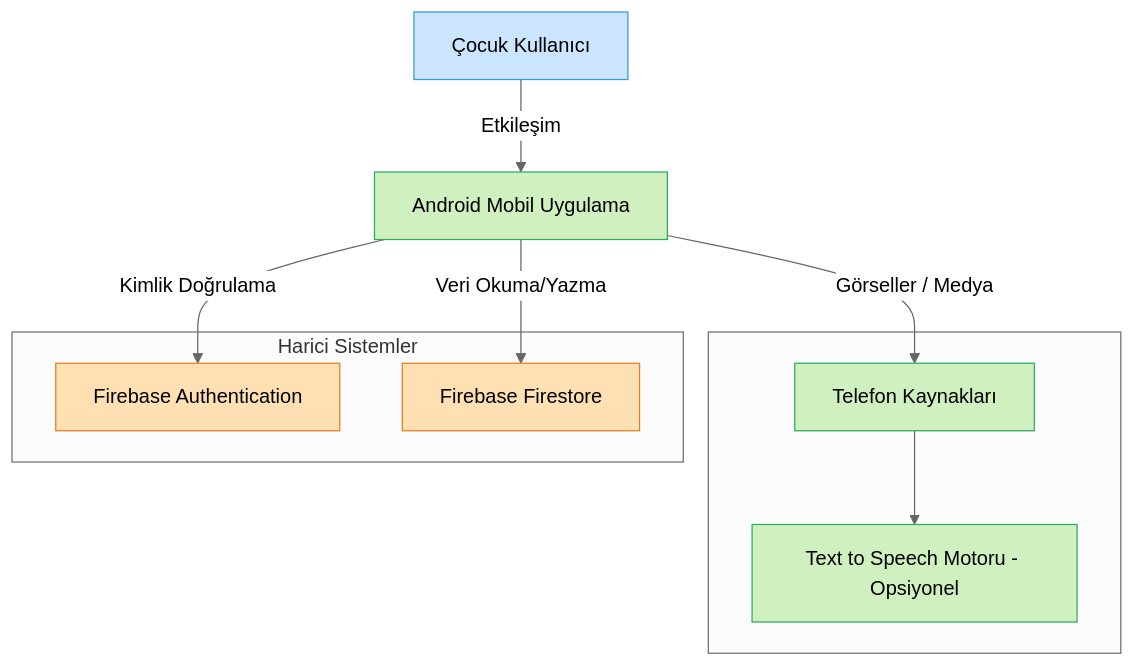
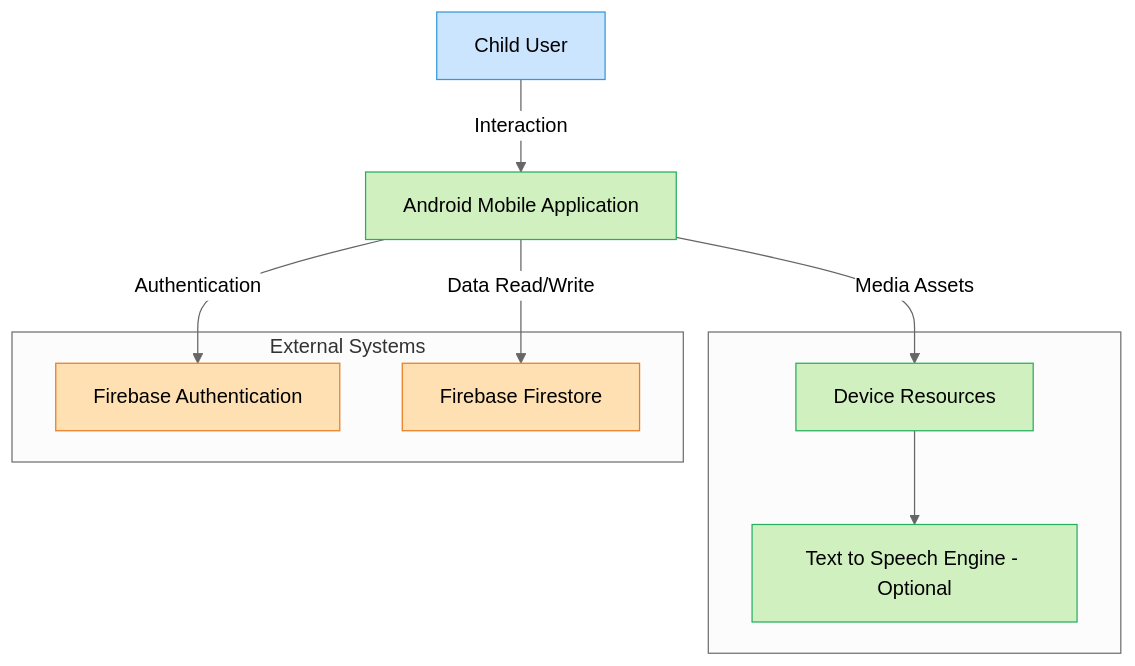
One commit to ersel271/cmp2004-doc changed the second of 5 diagrams in README.md. Above: the diagram before and after it, drawn with Mermaid (neutral theme). The commit also changed other lines of this file, not shown here.

````diff
--- a/README.md
+++ b/README.md
@@ -229,22 +158,21 @@
 ```mermaid
 graph TD
     classDef android fill:#d0f0c0,stroke:#27ae60,color:#000;
     classDef firebase fill:#ffe0b2,stroke:#e67e22,color:#000;
     classDef user fill:#cce5ff,stroke:#3498db,color:#000;
 
-    User[Çocuk Kullanıcı]:::user -->|Etkileşim| App[Android Mobil Uygulama]:::android
+    User[Child User]:::user -->|Interaction| App[Android Mobile Application]:::android
 
-    App -->|Kimlik Doğrulama| FirebaseAuth[Firebase Authentication]:::firebase
-    App -->|Veri Okuma/Yazma| Firestore[Firebase Firestore]:::firebase
-    App -->|Görseller / Medya| Device[Telefon Kaynakları]:::android
+    App -->|Authentication| FirebaseAuth[Firebase Authentication]:::firebase
+    App -->|Data Read/Write| Firestore[Firebase Firestore]:::firebase
+    App -->|Media Assets| Device[Device Resources]:::android
 
     subgraph &nbsp;
-        Device --> TTS[Text to Speech Motoru - Opsiyonel]:::android
+        Device --> TTS[Text to Speech Engine - Optional]:::android
     end
 
-    subgraph Harici Sistemler
+    subgraph External Systems
         FirebaseAuth:::firebase
         Firestore:::firebase
     end
-
 ```
````
